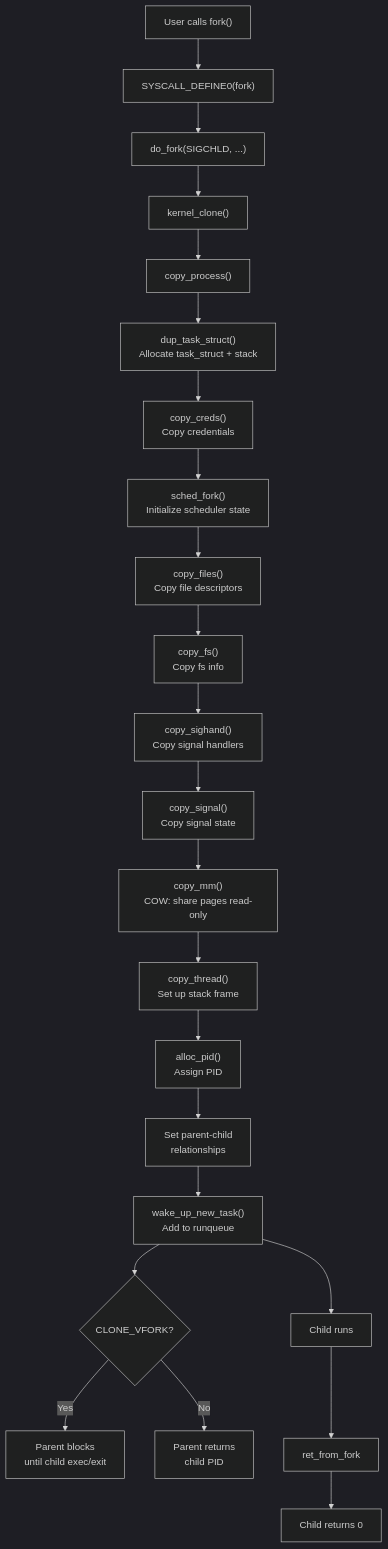
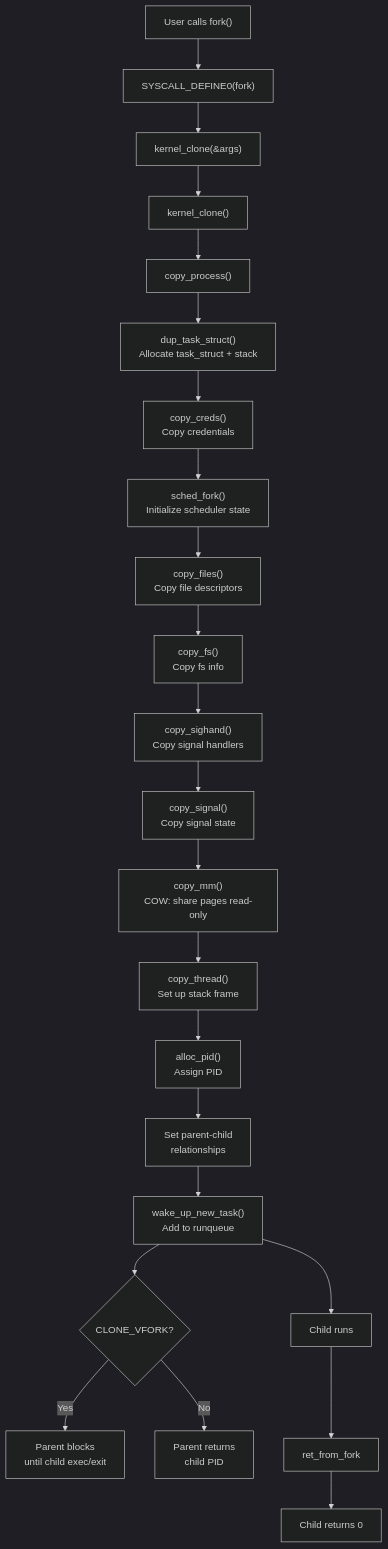
Before and after one commit to vanos001/placement_prep: the second of 2 diagrams in src/linux/kernel/processes/process-creation.md, drawn with Mermaid (dark theme). The commit also changed other lines of this file and 13 other files, not shown here.

````diff
--- a/src/linux/kernel/processes/process-creation.md
+++ b/src/linux/kernel/processes/process-creation.md
@@ -533,28 +551,28 @@
 ```mermaid
 flowchart TD
     A["User calls fork()"] --> B["SYSCALL_DEFINE0(fork)"]
-    B --> C["do_fork(SIGCHLD, ...)"]
+    B --> C["kernel_clone(&args)"]
     C --> D["kernel_clone()"]
 
     D --> E["copy_process()"]
     E --> F["dup_task_struct()<br>Allocate task_struct + stack"]
     F --> G["copy_creds()<br>Copy credentials"]
     G --> H["sched_fork()<br>Initialize scheduler state"]
     H --> I["copy_files()<br>Copy file descriptors"]
     I --> J["copy_fs()<br>Copy fs info"]
     J --> K["copy_sighand()<br>Copy signal handlers"]
     K --> L["copy_signal()<br>Copy signal state"]
     L --> M["copy_mm()<br>COW: share pages read-only"]
     M --> N["copy_thread()<br>Set up stack frame"]
     N --> O["alloc_pid()<br>Assign PID"]
     O --> P["Set parent-child<br>relationships"]
     P --> Q["wake_up_new_task()<br>Add to runqueue"]
 
     Q --> R{"CLONE_VFORK?"}
     R -->|"Yes"| S["Parent blocks<br>until child exec/exit"]
     R -->|"No"| T["Parent returns<br>child PID"]
 
     Q --> U["Child runs"]
     U --> V["ret_from_fork"]
     V --> W["Child returns 0"]
 ```
````
